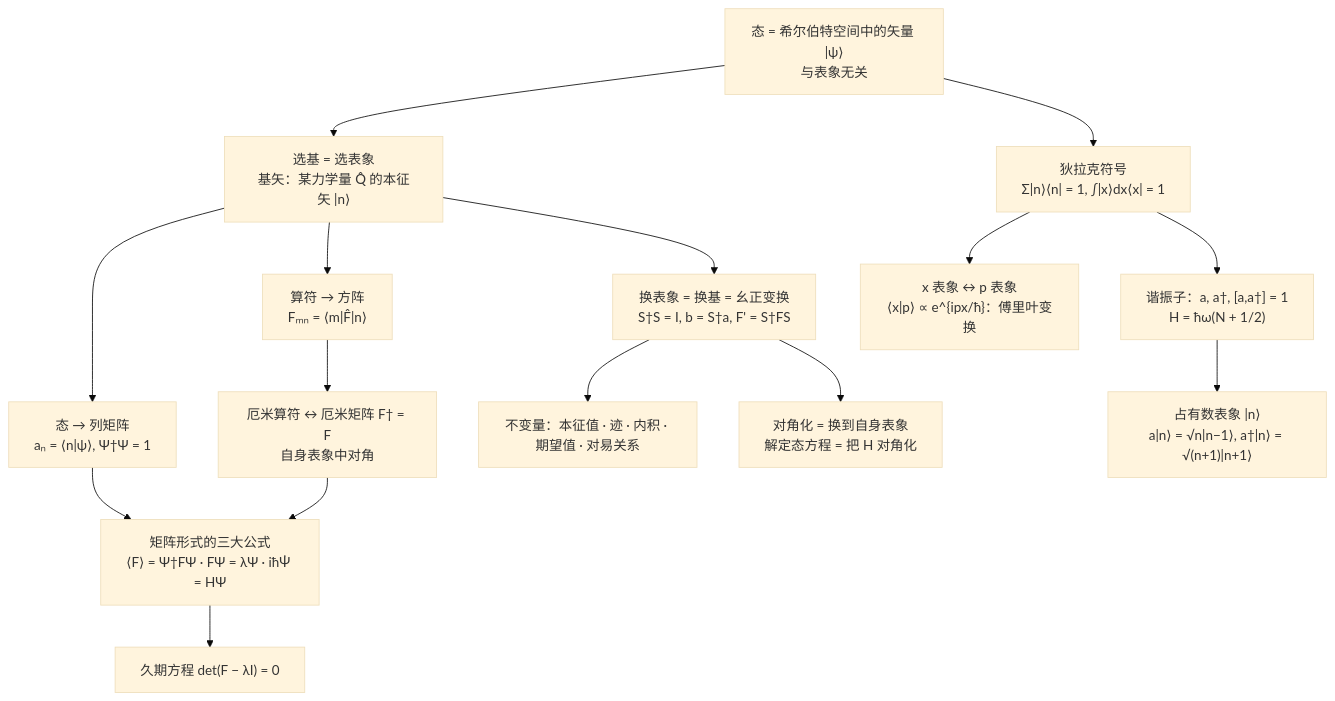
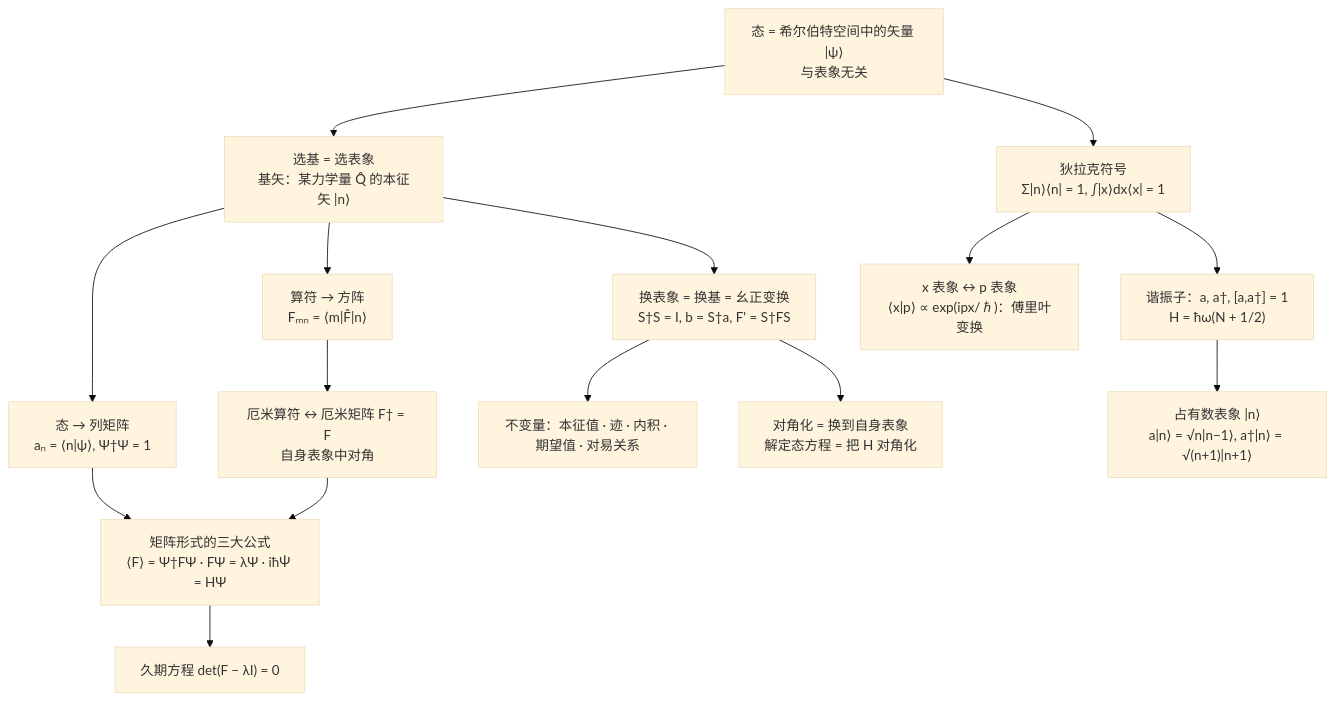
Before and after one commit to cockroach-f/quantum-mechanics: the diagram in docs/ch4.md, drawn with Mermaid (base theme). The commit also changed other lines of this file, not shown here.

Commit message:
按课件标出上课范围，并把归纳图里的指数写成 exp。

````diff
--- a/docs/ch4.md
+++ b/docs/ch4.md
@@ -629,17 +636,17 @@
 ```mermaid
 graph TD
   A["态 = 希尔伯特空间中的矢量 |ψ⟩<br/>与表象无关"] --> B["选基 = 选表象<br/>基矢：某力学量 Q̂ 的本征矢 |n⟩"]
   B --> C["态 → 列矩阵<br/>aₙ = ⟨n|ψ⟩, Ψ†Ψ = 1"]
   B --> D["算符 → 方阵<br/>Fₘₙ = ⟨m|F̂|n⟩"]
   D --> E["厄米算符 ↔ 厄米矩阵 F† = F<br/>自身表象中对角"]
   C --> F["矩阵形式的三大公式<br/>⟨F⟩ = Ψ†FΨ · FΨ = λΨ · iħΨ̇ = HΨ"]
   E --> F
   F --> G["久期方程 det(F − λI) = 0"]
   B --> H["换表象 = 换基 = 幺正变换<br/>S†S = I, b = S†a, F' = S†FS"]
   H --> I["不变量：本征值 · 迹 · 内积 · 期望值 · 对易关系"]
   H --> J["对角化 = 换到自身表象<br/>解定态方程 = 把 H 对角化"]
   A --> K["狄拉克符号<br/>Σ|n⟩⟨n| = 1, ∫|x⟩dx⟨x| = 1"]
-  K --> L["x 表象 ↔ p 表象<br/>⟨x|p⟩ ∝ e^{ipx/ħ}：傅里叶变换"]
+  K --> L["x 表象 ↔ p 表象<br/>⟨x|p⟩ ∝ exp(ipx/ℏ)：傅里叶变换"]
   K --> M["谐振子：a, a†, [a,a†] = 1<br/>H = ħω(N + 1/2)"]
   M --> N["占有数表象 |n⟩<br/>a|n⟩ = √n|n−1⟩, a†|n⟩ = √(n+1)|n+1⟩"]
 ```
````
